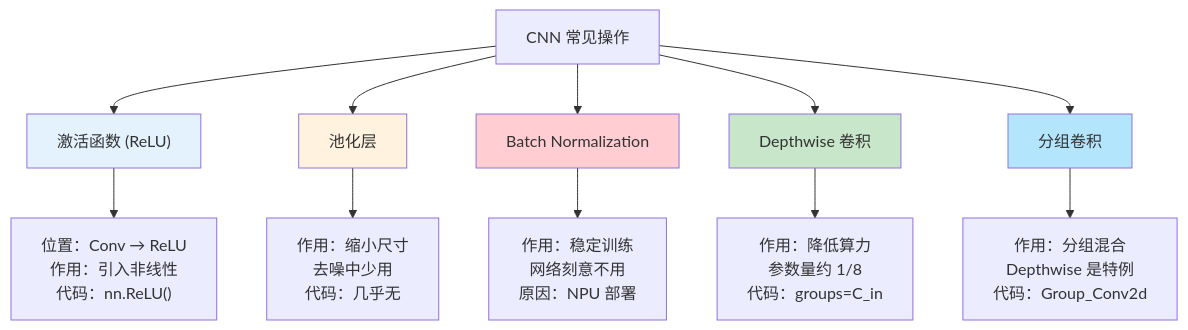
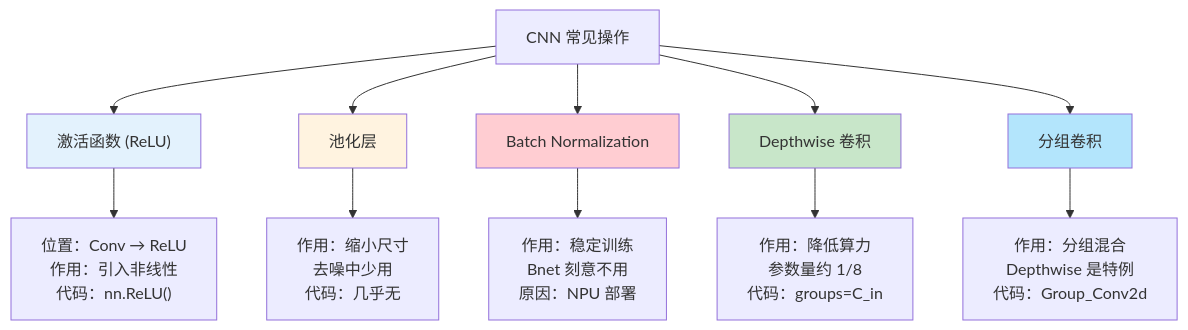
Before and after one commit to bluhuang/blogs-of-bluhuang: the fifth of 5 diagrams in content/AI/4 深度学习/2.6 CNN中的其他常见操作.md, drawn with Mermaid. The commit also changed other lines of this file and 58 other files, not shown here.

````diff
--- a/content/AI/4 深度学习/2.6 CNN中的其他常见操作.md
+++ b/content/AI/4 深度学习/2.6 CNN中的其他常见操作.md
@@ -566,20 +558,20 @@
 ```mermaid
 flowchart TD
     A["CNN 常见操作"] --> B["激活函数 (ReLU)"]
     A --> C["池化层"]
     A --> D["Batch Normalization"]
     A --> E["Depthwise 卷积"]
     A --> F["分组卷积"]
-
+    
     B --> B1["位置：Conv → ReLU<br/>作用：引入非线性<br/>代码：nn.ReLU()"]
     C --> C1["作用：缩小尺寸<br/>去噪中少用<br/>代码：几乎无"]
-    D --> D1["作用：稳定训练<br/>网络刻意不用<br/>原因：NPU 部署"]
+    D --> D1["作用：稳定训练<br/>Bnet 刻意不用<br/>原因：NPU 部署"]
     E --> E1["作用：降低算力<br/>参数量约 1/8<br/>代码：groups=C_in"]
     F --> F1["作用：分组混合<br/>Depthwise 是特例<br/>代码：Group_Conv2d"]
-
+    
     style B fill:#e3f2fd
     style C fill:#fff3e0
     style D fill:#ffcdd2
     style E fill:#c8e6c9
     style F fill:#b3e5fc
 ```
````
